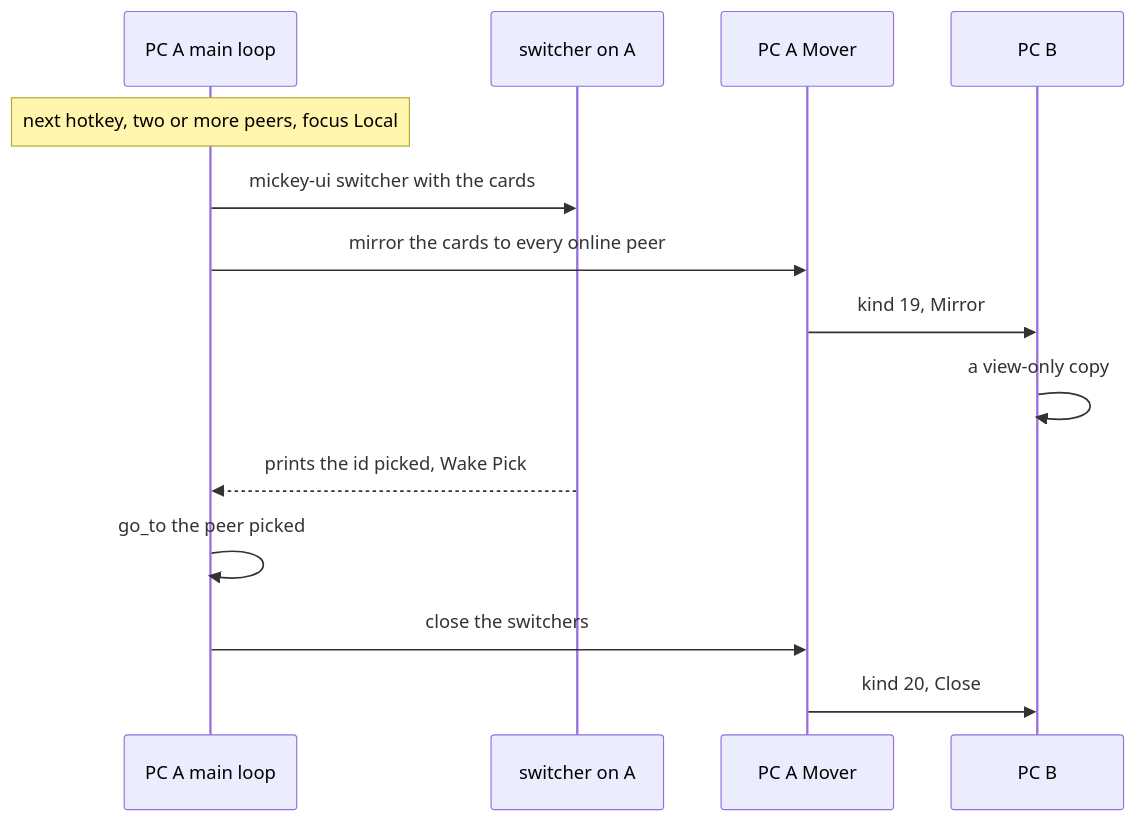
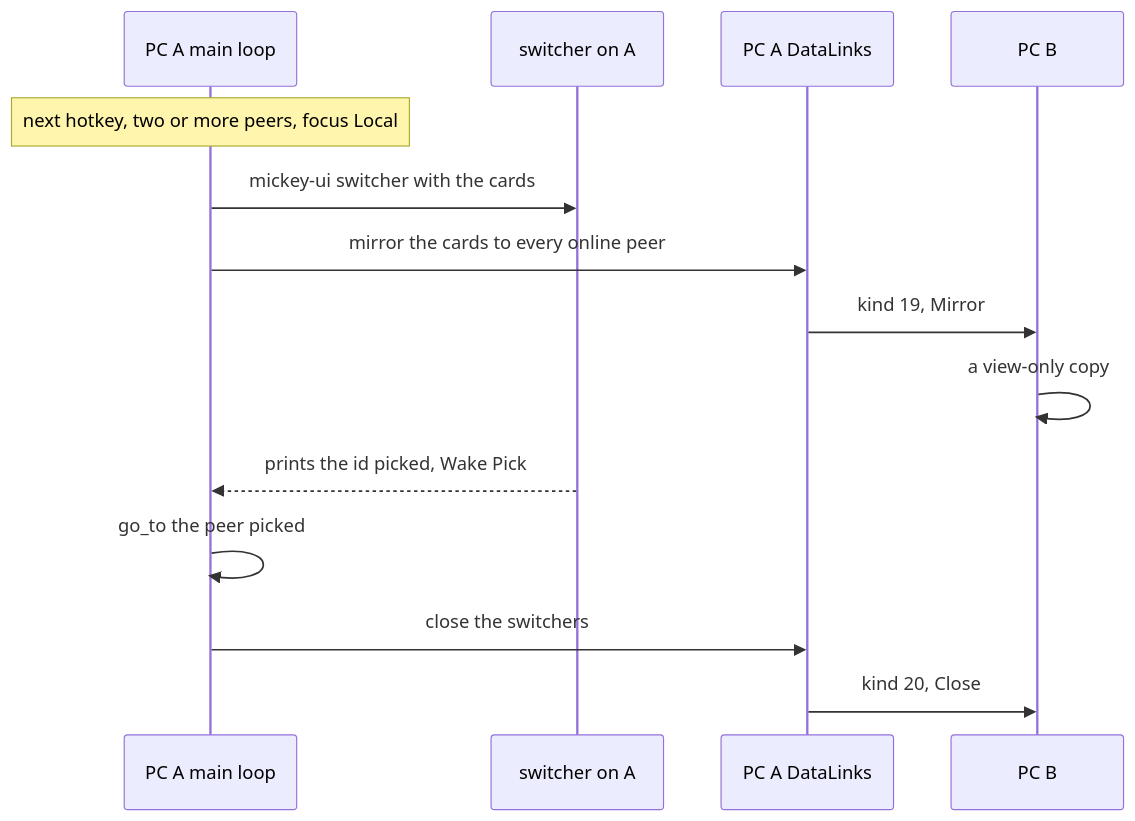
Before and after one commit to EduardoMG12/mickey: the fifth of 8 diagrams in docs/flows.md, drawn with Mermaid. The commit also changed other lines of this file and 22 other files, not shown here.

````diff
--- a/docs/flows.md
+++ b/docs/flows.md
@@ -166,16 +166,16 @@
 ```mermaid
 sequenceDiagram
     participant LA as PC A main loop
     participant WA as switcher on A
-    participant MA as PC A Mover
+    participant MA as PC A DataLinks
     participant B as PC B
     Note over LA: next hotkey, two or more peers, focus Local
     LA->>WA: mickey-ui switcher with the cards
     LA->>MA: mirror the cards to every online peer
     MA->>B: kind 19, Mirror
     B->>B: a view-only copy
     WA-->>LA: prints the id picked, Wake Pick
     LA->>LA: go_to the peer picked
     LA->>MA: close the switchers
     MA->>B: kind 20, Close
 ```
````
